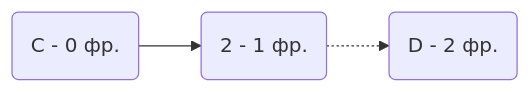
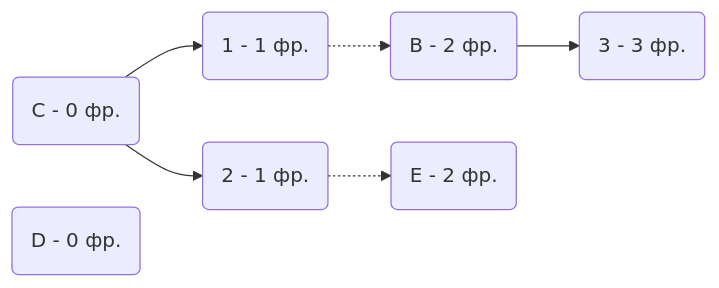
One commit to hse-algo-24-raven/manual-tasks-raven changed the seventh of 10 diagrams in task-8/kotyata.md. Above: the diagram before and after it, drawn with Mermaid. The commit also changed other lines of this file, not shown here.

````diff
--- a/task-8/kotyata.md
+++ b/task-8/kotyata.md
@@ -202,4 +222,6 @@
 ```mermaid
 graph LR
-    C(C - 0 фр.)  --> 2(2 - 1 фр.) -.-> D(D - 2 фр.) 
+    C(C - 0 фр.) --> 1(1 - 1 фр.) -.-> B(B - 2 фр.) --> 3(3 - 3 фр.)
+    C(C - 0 фр.) --> 2(2 - 1 фр.) -.-> E(E - 2 фр.)
+    D(D - 0 фр.)
 ```
````
